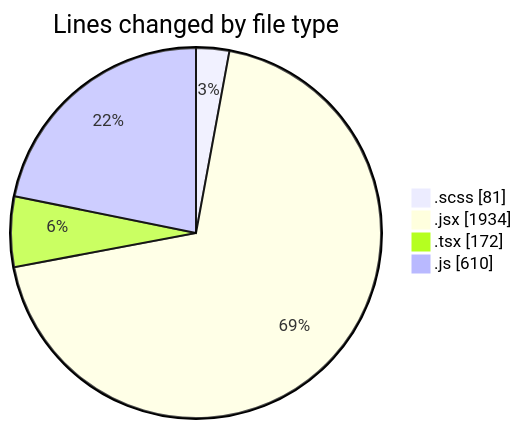
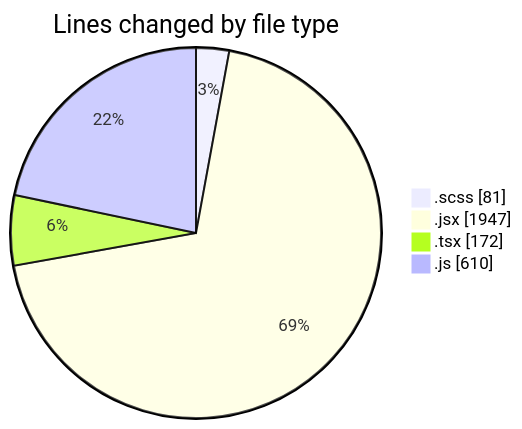
One commit to momahboobian/code-tracking changed the first of 2 diagrams in 2025-06-03/cda/README.md. Above: the diagram before and after it, drawn with Mermaid. The commit also changed other lines of this file and 1 other file, not shown here.

````diff
--- a/2025-06-03/cda/README.md
+++ b/2025-06-03/cda/README.md
@@ -25,8 +25,8 @@
 ```mermaid
 pie showData
 title Lines changed by file type
 ".scss" : 81
-".jsx" : 1934
+".jsx" : 1947
 ".tsx" : 172
 ".js" : 610
 ```
````
